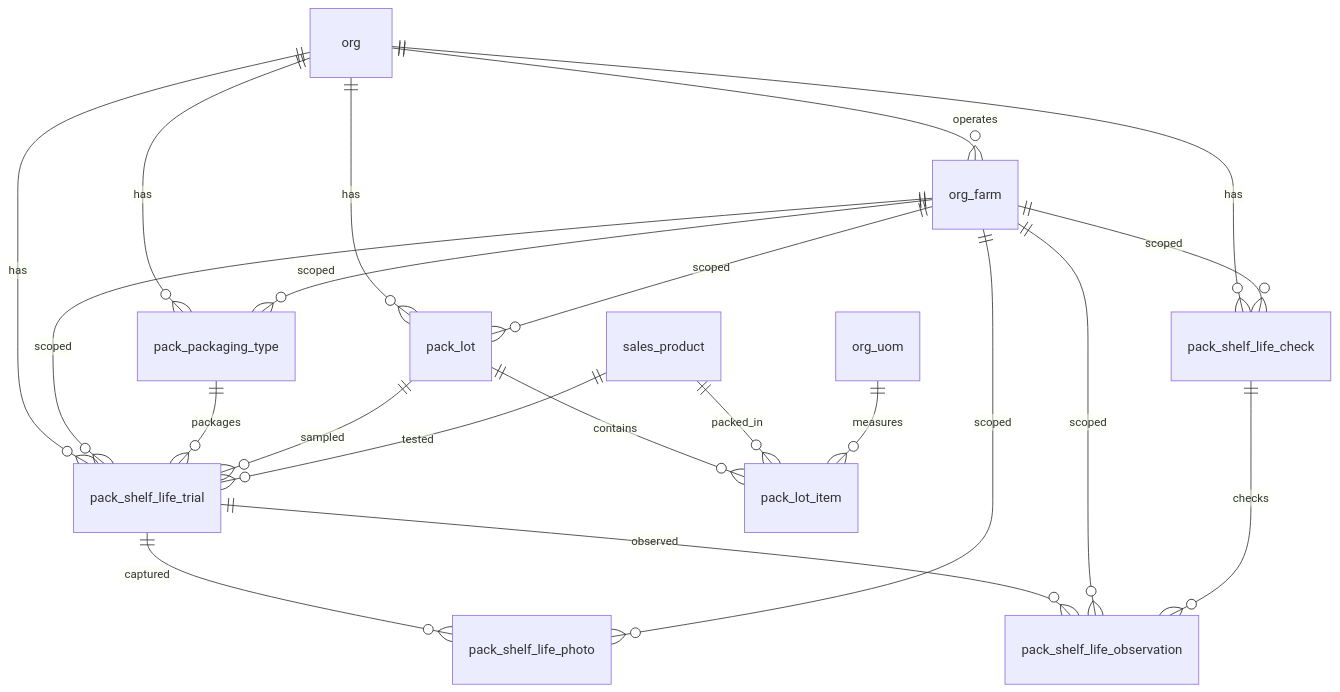
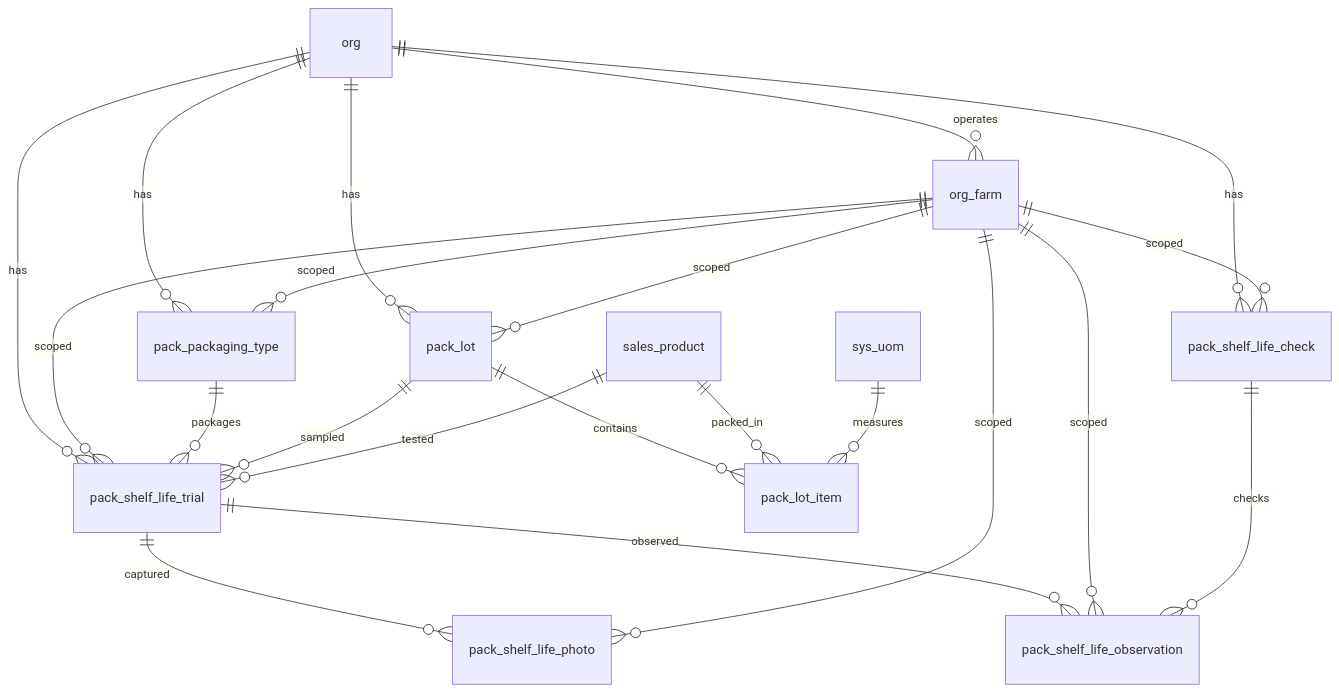
One commit to Hawaii-Farming/aloha-app changed the diagram in docs/schemas/20260319_06_pack.md. Above: the diagram before and after it, drawn with Mermaid. The commit also changed other lines of this file and 30 other files, not shown here.

````diff
--- a/docs/schemas/20260319_06_pack.md
+++ b/docs/schemas/20260319_06_pack.md
@@ -13,24 +13,24 @@
 ```mermaid
 erDiagram
     org ||--o{ org_farm : operates
     org ||--o{ pack_packaging_type : has
     org ||--o{ pack_lot : has
     org ||--o{ pack_shelf_life_check : has
     org ||--o{ pack_shelf_life_trial : has
     org_farm ||--o{ pack_lot : scoped
     pack_lot ||--o{ pack_lot_item : contains
     sales_product ||--o{ pack_lot_item : packed_in
-    org_uom ||--o{ pack_lot_item : measures
+    sys_uom ||--o{ pack_lot_item : measures
 
     org_farm ||--o{ pack_packaging_type : scoped
     org_farm ||--o{ pack_shelf_life_check : scoped
     org_farm ||--o{ pack_shelf_life_trial : scoped
     pack_packaging_type ||--o{ pack_shelf_life_trial : packages
     pack_lot ||--o{ pack_shelf_life_trial : sampled
     sales_product ||--o{ pack_shelf_life_trial : tested
     pack_shelf_life_trial ||--o{ pack_shelf_life_observation : observed
     org_farm ||--o{ pack_shelf_life_observation : scoped
     pack_shelf_life_check ||--o{ pack_shelf_life_observation : checks
     pack_shelf_life_trial ||--o{ pack_shelf_life_photo : captured
     org_farm ||--o{ pack_shelf_life_photo : scoped
 ```
````
